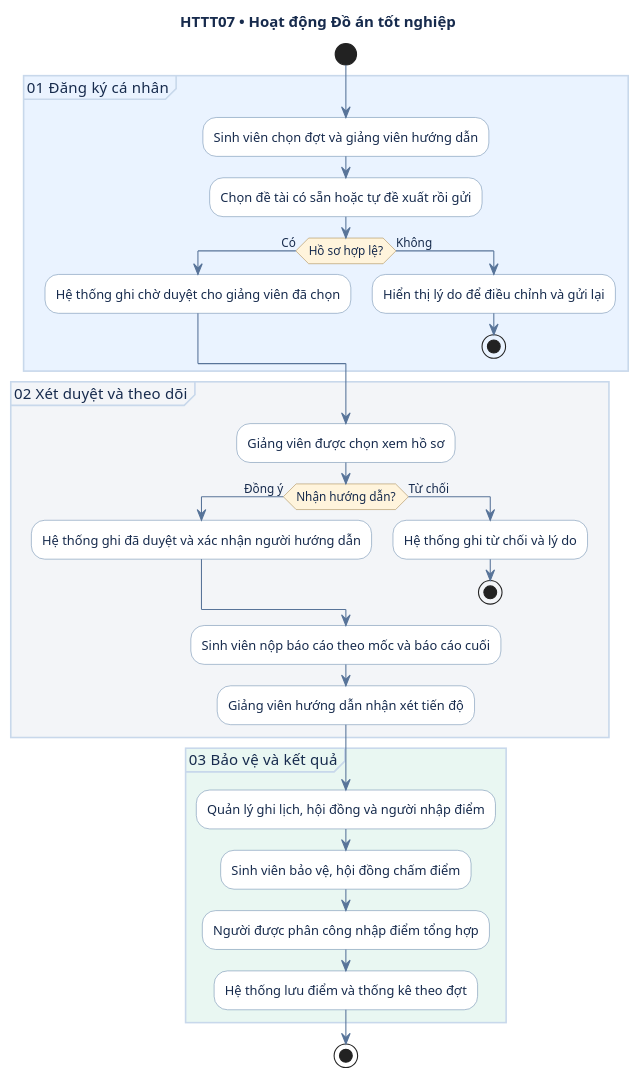
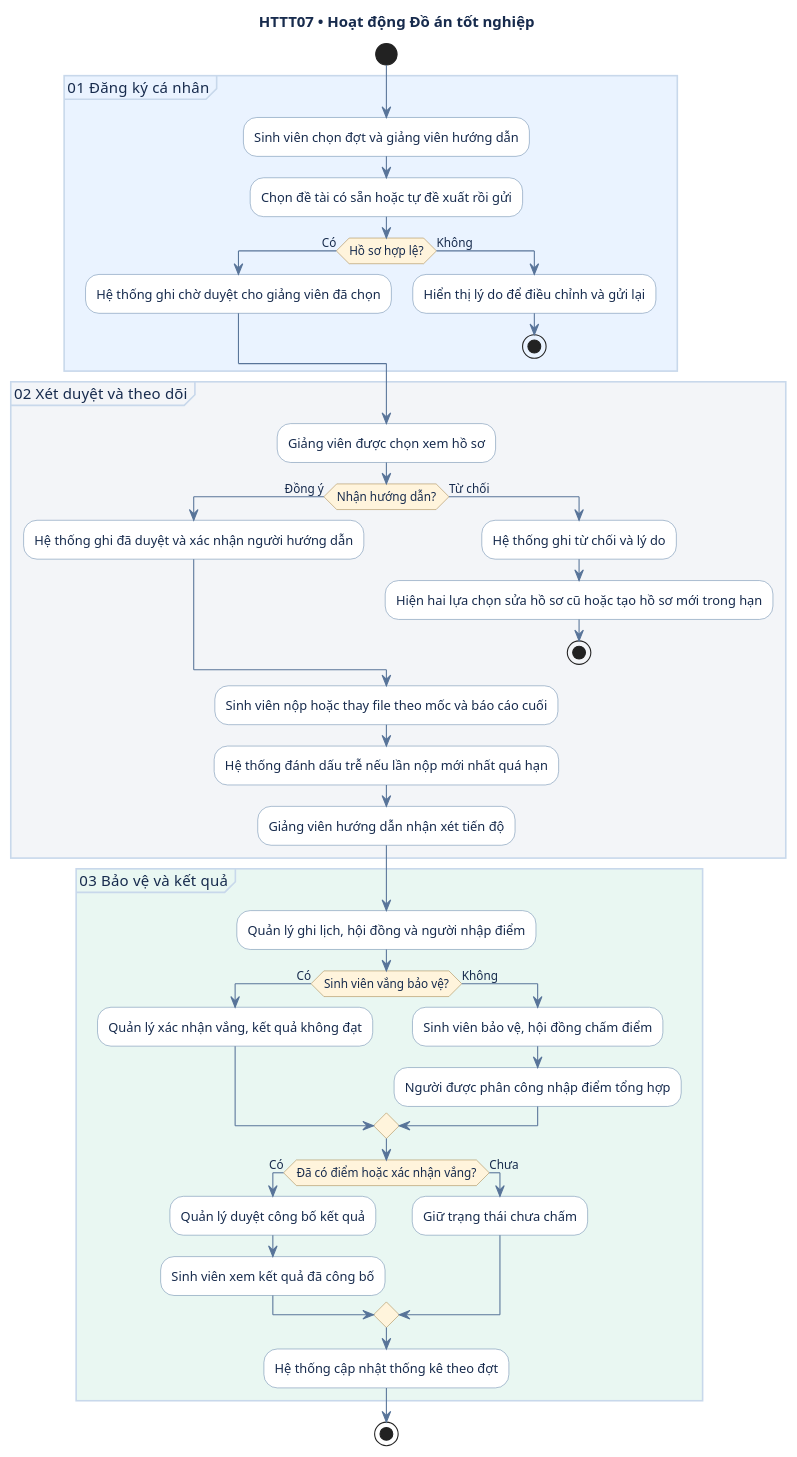
One commit to lam-vu6868/HTQL_TieuLuan_DoAN changed the sixth of 8 diagrams in 02-so-do-uml(1).md. Above: the diagram before and after it, drawn with PlantUML. The commit also changed other lines of this file and 4 other files, not shown here.

````diff
--- a/02-so-do-uml(1).md
+++ b/02-so-do-uml(1).md
@@ -367,46 +386,58 @@
 ```plantuml
 @startuml
 title HTTT07 • Hoạt động Đồ án tốt nghiệp
 skinparam shadowing false
 skinparam DefaultFontName SansSerif
 skinparam defaultFontColor #172B4D
 skinparam ArrowColor #587499
 skinparam ActivityBorderColor #6586AB
 skinparam ActivityBackgroundColor #FFFFFF
 skinparam ActivityDiamondBackgroundColor #FFF4DC
 skinparam ActivityDiamondBorderColor #A48347
 skinparam PartitionBorderColor #C8D8EB
 
 start
 partition #EAF3FF "01  Đăng ký cá nhân" {
   :Sinh viên chọn đợt và giảng viên hướng dẫn;
   :Chọn đề tài có sẵn hoặc tự đề xuất rồi gửi;
   if (Hồ sơ hợp lệ?) then (Có)
     :Hệ thống ghi chờ duyệt cho giảng viên đã chọn;
   else (Không)
     :Hiển thị lý do để điều chỉnh và gửi lại;
     stop
   endif
 }
 
 partition #F3F5F8 "02  Xét duyệt và theo dõi" {
   :Giảng viên được chọn xem hồ sơ;
   if (Nhận hướng dẫn?) then (Đồng ý)
     :Hệ thống ghi đã duyệt và xác nhận người hướng dẫn;
   else (Từ chối)
     :Hệ thống ghi từ chối và lý do;
+    :Hiện hai lựa chọn sửa hồ sơ cũ hoặc tạo hồ sơ mới trong hạn;
     stop
   endif
-  :Sinh viên nộp báo cáo theo mốc và báo cáo cuối;
+  :Sinh viên nộp hoặc thay file theo mốc và báo cáo cuối;
+  :Hệ thống đánh dấu trễ nếu lần nộp mới nhất quá hạn;
   :Giảng viên hướng dẫn nhận xét tiến độ;
 }
 
 partition #E9F7F2 "03  Bảo vệ và kết quả" {
   :Quản lý ghi lịch, hội đồng và người nhập điểm;
-  :Sinh viên bảo vệ, hội đồng chấm điểm;
-  :Người được phân công nhập điểm tổng hợp;
-  :Hệ thống lưu điểm và thống kê theo đợt;
+  if (Sinh viên vắng bảo vệ?) then (Có)
+    :Quản lý xác nhận vắng, kết quả không đạt;
+  else (Không)
+    :Sinh viên bảo vệ, hội đồng chấm điểm;
+    :Người được phân công nhập điểm tổng hợp;
+  endif
+  if (Đã có điểm hoặc xác nhận vắng?) then (Có)
+    :Quản lý duyệt công bố kết quả;
+    :Sinh viên xem kết quả đã công bố;
+  else (Chưa)
+    :Giữ trạng thái chưa chấm;
+  endif
+  :Hệ thống cập nhật thống kê theo đợt;
 }
 stop
 @enduml
 ```
````
